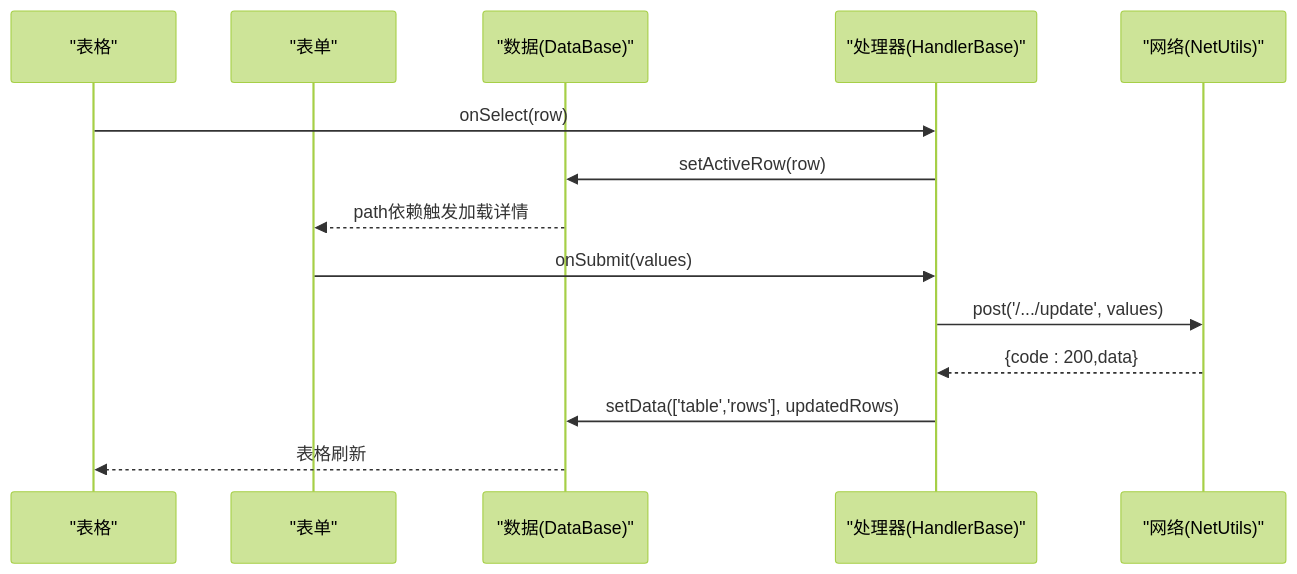
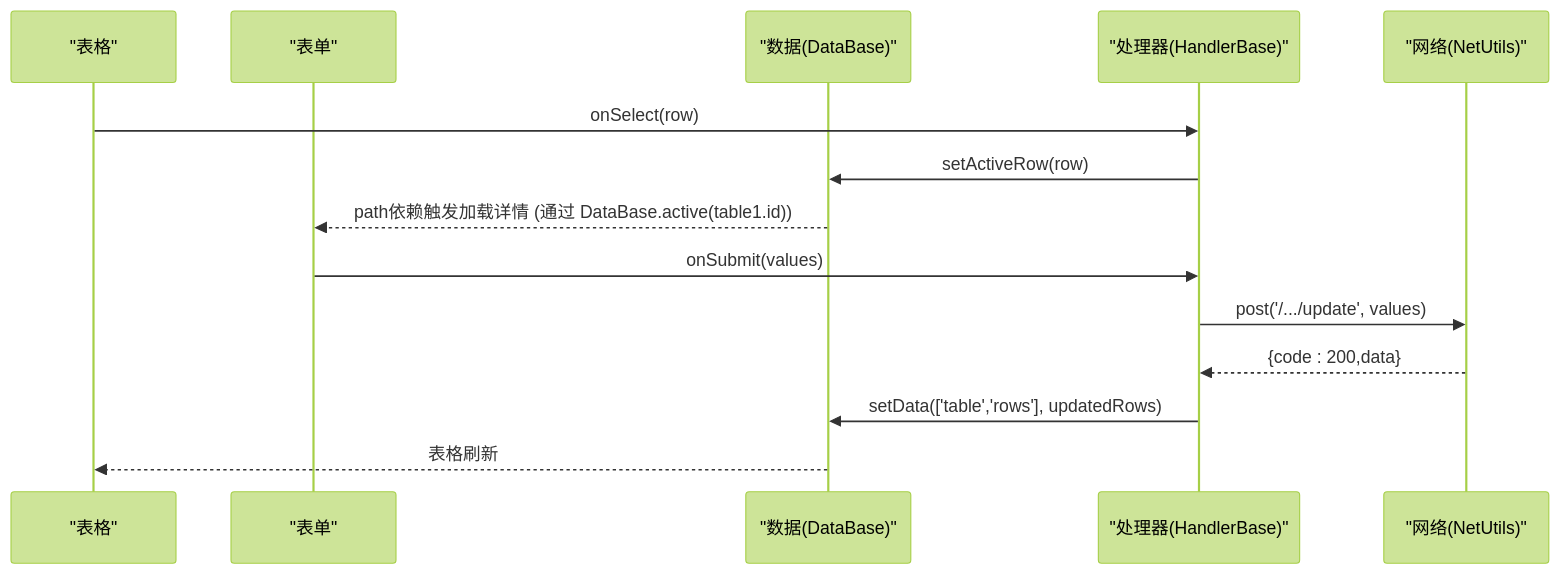
Before and after one commit to liqiongke/FrontArk: the fifth of 6 diagrams in .qoder/repowiki/zh/content/架构设计/数据流管理/数据流管理.md, drawn with Mermaid (forest theme). The commit also changed other lines of this file and 5 other files, not shown here.

````diff
--- a/.qoder/repowiki/zh/content/架构设计/数据流管理/数据流管理.md
+++ b/.qoder/repowiki/zh/content/架构设计/数据流管理/数据流管理.md
@@ -213,16 +228,16 @@
 ```mermaid
 sequenceDiagram
 participant T as "表格"
 participant F as "表单"
 participant D as "数据(DataBase)"
 participant H as "处理器(HandlerBase)"
 participant N as "网络(NetUtils)"
 T->>H : onSelect(row)
 H->>D : setActiveRow(row)
-D-->>F : path依赖触发加载详情
+D-->>F : path依赖触发加载详情 (通过 DataBase.active(table1.id))
 F->>H : onSubmit(values)
 H->>N : post('/.../update', values)
 N-->>H : {code : 200,data}
 H->>D : setData(['table','rows'], updatedRows)
 D-->>T : 表格刷新
 ```
````
